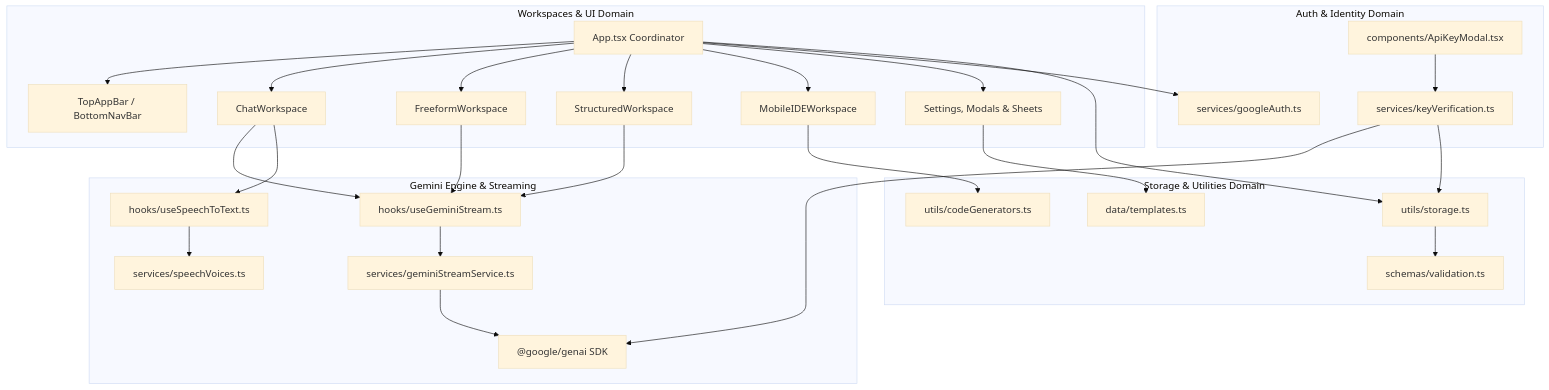
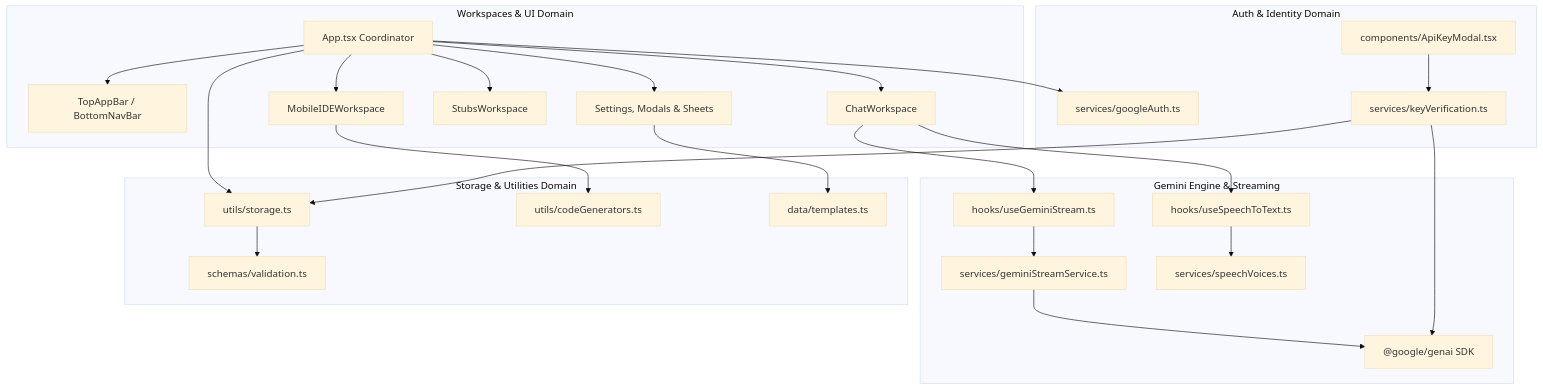
The diagram in knowledge/architecture/context-map.md (BicycleButler/ai-studio-mobile), drawn with Mermaid (base theme) before and after one commit. The commit also changed 1 other file, not shown here.

Commit message:
Update context maps to reflect removed Freeform and Structured workspaces

````diff
--- a/knowledge/architecture/context-map.md
+++ b/knowledge/architecture/context-map.md
@@ -29,55 +29,54 @@
 ```mermaid
 flowchart TB
   subgraph UI_Layer ["Workspaces & UI Domain"]
     TopNav["TopAppBar / BottomNavBar"]
     AppRoot["App.tsx Coordinator"]
     Chat["ChatWorkspace"]
-    Freeform["FreeformWorkspace"]
-    Structured["StructuredWorkspace"]
     MobileIDE["MobileIDEWorkspace"]
+    Stubs["StubsWorkspace"]
     Modals["Settings, Modals & Sheets"]
   end
 
   subgraph Auth_Domain ["Auth & Identity Domain"]
     GoogleAuth["services/googleAuth.ts"]
     KeyVerify["services/keyVerification.ts"]
     ApiKeyModal["components/ApiKeyModal.tsx"]
   end
 
   subgraph Engine_Domain ["Gemini Engine & Streaming"]
     StreamService["services/geminiStreamService.ts"]
     StreamHook["hooks/useGeminiStream.ts"]
     SpeechVoice["services/speechVoices.ts"]
     SpeechHook["hooks/useSpeechToText.ts"]
     GenAISDK["@google/genai SDK"]
   end
 
   subgraph Storage_Domain ["Storage & Utilities Domain"]
     StorageUtil["utils/storage.ts"]
     ValidationSchema["schemas/validation.ts"]
     CodeGenerators["utils/codeGenerators.ts"]
     TemplatesData["data/templates.ts"]
   end
 
   %% Relationships
   AppRoot --> TopNav
-  AppRoot --> Chat & Freeform & Structured & MobileIDE
+  AppRoot --> Chat & MobileIDE & Stubs
   AppRoot --> Modals
   AppRoot --> GoogleAuth
   AppRoot --> StorageUtil
 
-  Chat & Freeform & Structured --> StreamHook
+  Chat --> StreamHook
   StreamHook --> StreamService
   StreamService --> GenAISDK
 
   Chat --> SpeechHook
   SpeechHook --> SpeechVoice
 
   ApiKeyModal --> KeyVerify
   KeyVerify --> GenAISDK
   KeyVerify --> StorageUtil
 
   MobileIDE --> CodeGenerators
   StorageUtil --> ValidationSchema
   Modals --> TemplatesData
 ```
````
